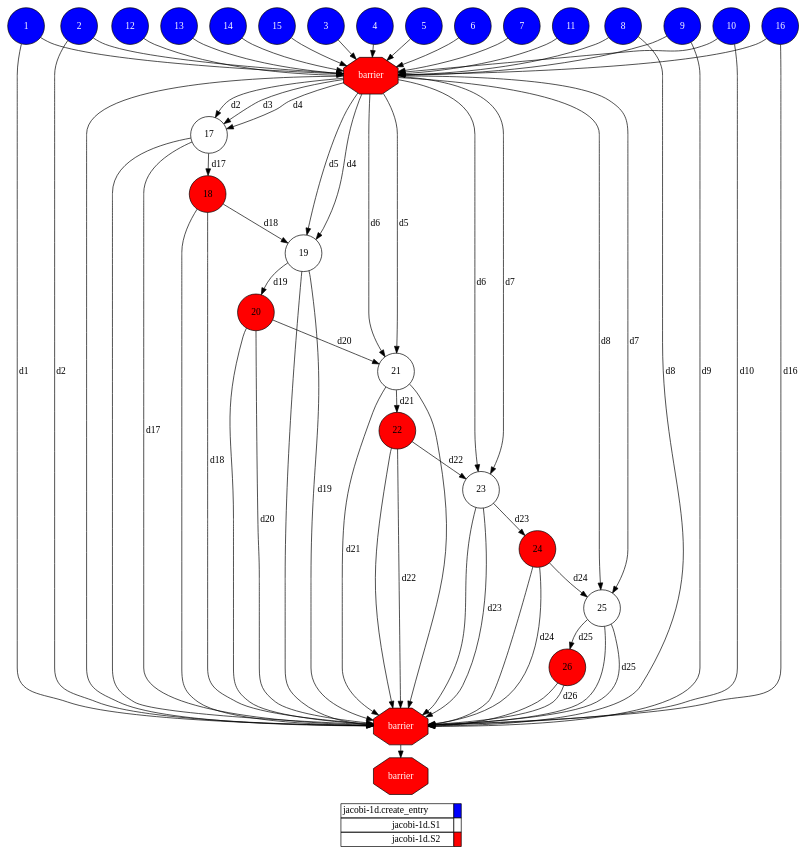
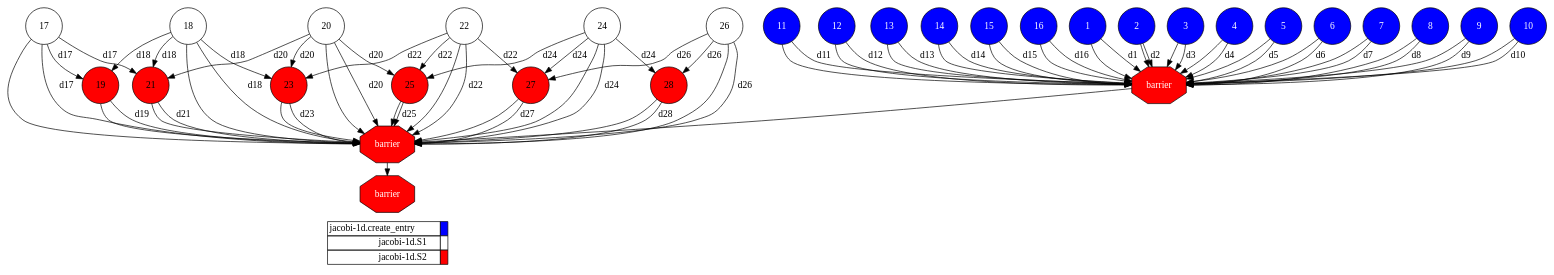
The diagram in examples/jacobi-1d/autoparallel/results/local/complete_graph.dot (cristianrcv/pycompss-autoparallel), drawn with Graphviz before and after one commit. The commit also changed 13 other files, not shown here.

```diff
--- a/examples/jacobi-1d/autoparallel/results/local/complete_graph.dot
+++ b/examples/jacobi-1d/autoparallel/results/local/complete_graph.dot
@@ -1,123 +1,135 @@
 digraph {
   rankdir=TB;
   labeljust="l";
   subgraph dependence_graph {
     ranksep=0.20;
     node[height=0.75];
 
 1[shape=circle, style=filled fillcolor="#0000ff" fontcolor="#ffffff"];
 2[shape=circle, style=filled fillcolor="#0000ff" fontcolor="#ffffff"];
 3[shape=circle, style=filled fillcolor="#0000ff" fontcolor="#ffffff"];
 4[shape=circle, style=filled fillcolor="#0000ff" fontcolor="#ffffff"];
 5[shape=circle, style=filled fillcolor="#0000ff" fontcolor="#ffffff"];
 6[shape=circle, style=filled fillcolor="#0000ff" fontcolor="#ffffff"];
 7[shape=circle, style=filled fillcolor="#0000ff" fontcolor="#ffffff"];
 8[shape=circle, style=filled fillcolor="#0000ff" fontcolor="#ffffff"];
 9[shape=circle, style=filled fillcolor="#0000ff" fontcolor="#ffffff"];
 10[shape=circle, style=filled fillcolor="#0000ff" fontcolor="#ffffff"];
 11[shape=circle, style=filled fillcolor="#0000ff" fontcolor="#ffffff"];
 12[shape=circle, style=filled fillcolor="#0000ff" fontcolor="#ffffff"];
 13[shape=circle, style=filled fillcolor="#0000ff" fontcolor="#ffffff"];
 14[shape=circle, style=filled fillcolor="#0000ff" fontcolor="#ffffff"];
 15[shape=circle, style=filled fillcolor="#0000ff" fontcolor="#ffffff"];
 16[shape=circle, style=filled fillcolor="#0000ff" fontcolor="#ffffff"];
 Synchro1[label="barrier", shape=octagon, style=filled fillcolor="#ff0000" fontcolor="#FFFFFF"];
+5 -> Synchro1;
+13 -> Synchro1;
+1 -> Synchro1;
+2 -> Synchro1;
+14 -> Synchro1;
+15 -> Synchro1;
+11 -> Synchro1;
 6 -> Synchro1;
-11 -> Synchro1;
+7 -> Synchro1;
+10 -> Synchro1;
+12 -> Synchro1;
 3 -> Synchro1;
-14 -> Synchro1;
-4 -> Synchro1;
-16 -> Synchro1;
-2 -> Synchro1;
-5 -> Synchro1;
-7 -> Synchro1;
-1 -> Synchro1;
-15 -> Synchro1;
-10 -> Synchro1;
-13 -> Synchro1;
 8 -> Synchro1;
 9 -> Synchro1;
-12 -> Synchro1;
+16 -> Synchro1;
+4 -> Synchro1;
+1 -> Synchro1[ label="d1" ];
+2 -> Synchro1[ label="d2" ];
+3 -> Synchro1[ label="d3" ];
+4 -> Synchro1[ label="d4" ];
+5 -> Synchro1[ label="d5" ];
+6 -> Synchro1[ label="d6" ];
+7 -> Synchro1[ label="d7" ];
+8 -> Synchro1[ label="d8" ];
+9 -> Synchro1[ label="d9" ];
+10 -> Synchro1[ label="d10" ];
+11 -> Synchro1[ label="d11" ];
+12 -> Synchro1[ label="d12" ];
+13 -> Synchro1[ label="d13" ];
+14 -> Synchro1[ label="d14" ];
+15 -> Synchro1[ label="d15" ];
+16 -> Synchro1[ label="d16" ];
 17[shape=circle, style=filled fillcolor="#ffffff" fontcolor="#000000"];
-Synchro1 -> 17[ label="d2" ];
-Synchro1 -> 17[ label="d3" ];
-Synchro1 -> 17[ label="d4" ];
-18[shape=circle, style=filled fillcolor="#ff0000" fontcolor="#000000"];
-17 -> 18[ label="d17" ];
-19[shape=circle, style=filled fillcolor="#ffffff" fontcolor="#000000"];
+18[shape=circle, style=filled fillcolor="#ffffff" fontcolor="#000000"];
+19[shape=circle, style=filled fillcolor="#ff0000" fontcolor="#000000"];
+17 -> 19[ label="d17" ];
 18 -> 19[ label="d18" ];
-Synchro1 -> 19[ label="d4" ];
-Synchro1 -> 19[ label="d5" ];
-20[shape=circle, style=filled fillcolor="#ff0000" fontcolor="#000000"];
-19 -> 20[ label="d19" ];
-21[shape=circle, style=filled fillcolor="#ffffff" fontcolor="#000000"];
+20[shape=circle, style=filled fillcolor="#ffffff" fontcolor="#000000"];
+21[shape=circle, style=filled fillcolor="#ff0000" fontcolor="#000000"];
+17 -> 21[ label="d17" ];
+18 -> 21[ label="d18" ];
 20 -> 21[ label="d20" ];
-Synchro1 -> 21[ label="d5" ];
-Synchro1 -> 21[ label="d6" ];
-22[shape=circle, style=filled fillcolor="#ff0000" fontcolor="#000000"];
-21 -> 22[ label="d21" ];
-23[shape=circle, style=filled fillcolor="#ffffff" fontcolor="#000000"];
+22[shape=circle, style=filled fillcolor="#ffffff" fontcolor="#000000"];
+23[shape=circle, style=filled fillcolor="#ff0000" fontcolor="#000000"];
+18 -> 23[ label="d18" ];
+20 -> 23[ label="d20" ];
 22 -> 23[ label="d22" ];
-Synchro1 -> 23[ label="d6" ];
-Synchro1 -> 23[ label="d7" ];
-24[shape=circle, style=filled fillcolor="#ff0000" fontcolor="#000000"];
-23 -> 24[ label="d23" ];
-25[shape=circle, style=filled fillcolor="#ffffff" fontcolor="#000000"];
+24[shape=circle, style=filled fillcolor="#ffffff" fontcolor="#000000"];
+25[shape=circle, style=filled fillcolor="#ff0000" fontcolor="#000000"];
+20 -> 25[ label="d20" ];
+22 -> 25[ label="d22" ];
 24 -> 25[ label="d24" ];
-Synchro1 -> 25[ label="d7" ];
-Synchro1 -> 25[ label="d8" ];
-26[shape=circle, style=filled fillcolor="#ff0000" fontcolor="#000000"];
-25 -> 26[ label="d25" ];
+26[shape=circle, style=filled fillcolor="#ffffff" fontcolor="#000000"];
+27[shape=circle, style=filled fillcolor="#ff0000" fontcolor="#000000"];
+22 -> 27[ label="d22" ];
+24 -> 27[ label="d24" ];
+26 -> 27[ label="d26" ];
+28[shape=circle, style=filled fillcolor="#ff0000" fontcolor="#000000"];
+24 -> 28[ label="d24" ];
+26 -> 28[ label="d26" ];
 Synchro2[label="barrier", shape=octagon, style=filled fillcolor="#ff0000" fontcolor="#FFFFFF"];
 Synchro1 -> Synchro2;
-23 -> Synchro2;
+21 -> Synchro2;
+27 -> Synchro2;
+17 -> Synchro2;
+19 -> Synchro2;
+22 -> Synchro2;
 26 -> Synchro2;
 18 -> Synchro2;
-17 -> Synchro2;
+24 -> Synchro2;
+23 -> Synchro2;
+25 -> Synchro2;
+28 -> Synchro2;
 20 -> Synchro2;
-24 -> Synchro2;
-22 -> Synchro2;
-21 -> Synchro2;
-25 -> Synchro2;
-19 -> Synchro2;
-1 -> Synchro2[ label="d1" ];
-2 -> Synchro2[ label="d2" ];
+19 -> Synchro2[ label="d19" ];
+21 -> Synchro2[ label="d21" ];
+23 -> Synchro2[ label="d23" ];
+25 -> Synchro2[ label="d25" ];
+27 -> Synchro2[ label="d27" ];
+28 -> Synchro2[ label="d28" ];
+17 -> Synchro2[ label="d17" ];
 18 -> Synchro2[ label="d18" ];
 20 -> Synchro2[ label="d20" ];
 22 -> Synchro2[ label="d22" ];
 24 -> Synchro2[ label="d24" ];
 26 -> Synchro2[ label="d26" ];
-8 -> Synchro2[ label="d8" ];
-9 -> Synchro2[ label="d9" ];
-10 -> Synchro2[ label="d10" ];
-17 -> Synchro2[ label="d17" ];
-19 -> Synchro2[ label="d19" ];
-21 -> Synchro2[ label="d21" ];
-23 -> Synchro2[ label="d23" ];
-25 -> Synchro2[ label="d25" ];
-16 -> Synchro2[ label="d16" ];
 Synchro3[label="barrier", shape=octagon, style=filled fillcolor="#ff0000" fontcolor="#FFFFFF"];
 Synchro2 -> Synchro3;  }
   subgraph legend {
     rank=sink;
     node [shape=plaintext, height=0.75];
     ranksep=0.20;
     label = "Legend";
     key [label=<
       <table border="0" cellpadding="2" cellspacing="0" cellborder="1">
 <tr>
 <td align="right">jacobi-1d.create_entry</td>
 <td bgcolor="#0000ff">&nbsp;</td>
 </tr>
 <tr>
 <td align="right">jacobi-1d.S1</td>
 <td bgcolor="#ffffff">&nbsp;</td>
 </tr>
 <tr>
 <td align="right">jacobi-1d.S2</td>
 <td bgcolor="#ff0000">&nbsp;</td>
 </tr>
       </table>
     >]
   }
 }
```
